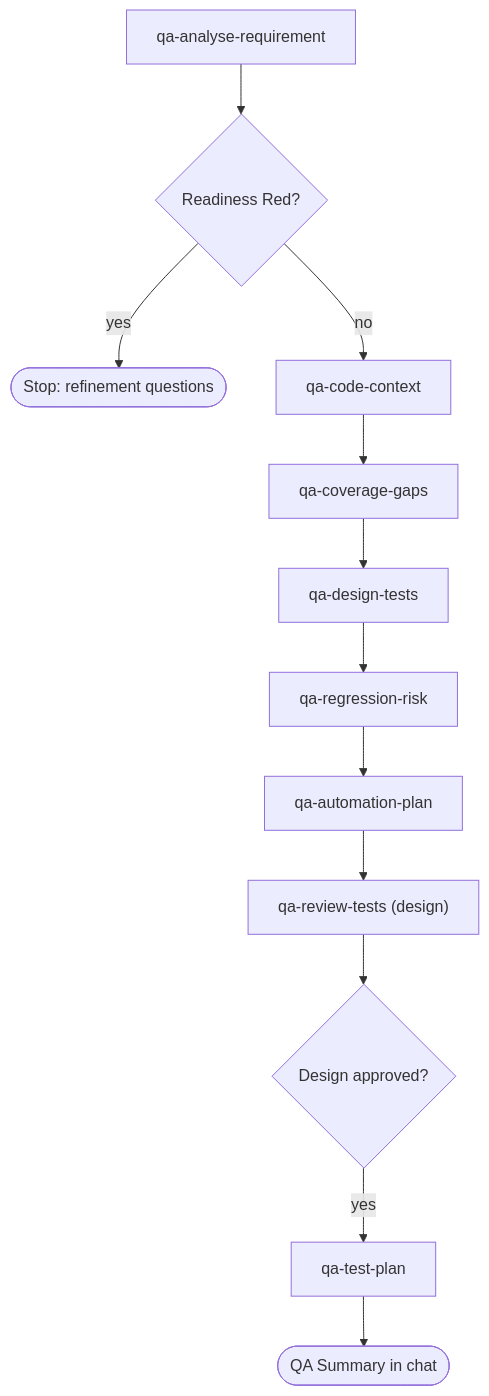
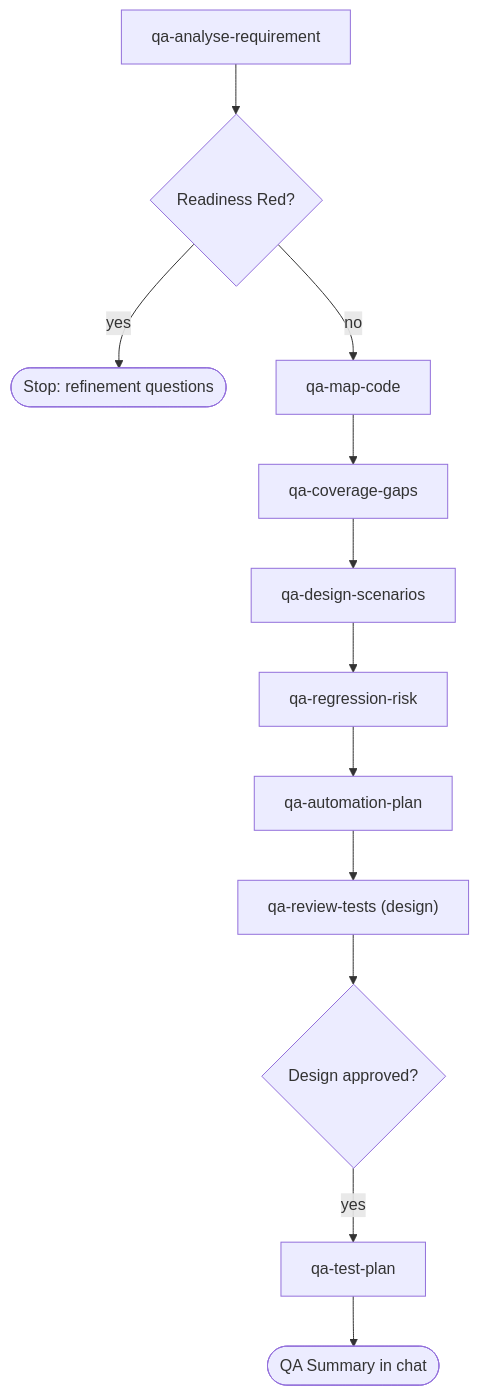
Before and after one commit to bmad-kainos/ai-qa: the third of 7 diagrams in docs/flows/03-usage.md, drawn with Mermaid. The commit also changed other lines of this file and 36 other files, not shown here.

````diff
--- a/docs/flows/03-usage.md
+++ b/docs/flows/03-usage.md
@@ -38,14 +38,14 @@
 ```mermaid
 flowchart TD
   D1["qa-analyse-requirement"] --> RD{"Readiness Red?"}
   RD -->|yes| STOP(["Stop: refinement questions"])
-  RD -->|no| D2["qa-code-context"]
+  RD -->|no| D2["qa-map-code"]
   D2 --> D3["qa-coverage-gaps"]
-  D3 --> D4["qa-design-tests"]
+  D3 --> D4["qa-design-scenarios"]
   D4 --> D5["qa-regression-risk"]
   D5 --> D6["qa-automation-plan"]
   D6 --> D7["qa-review-tests (design)"]
   D7 --> DA{"Design approved?"}
   DA -->|yes| D8["qa-test-plan"]
   D8 --> DS(["QA Summary in chat"])
 ```
````
